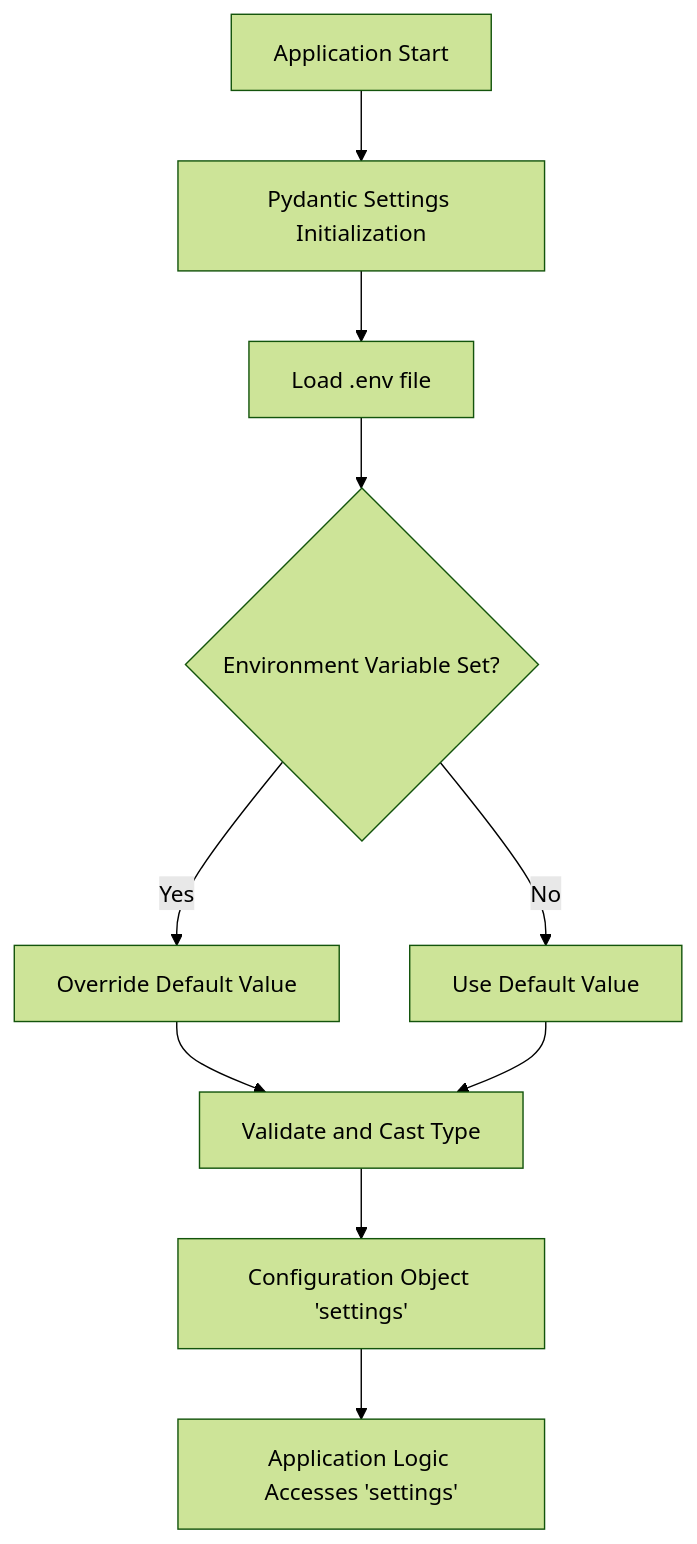
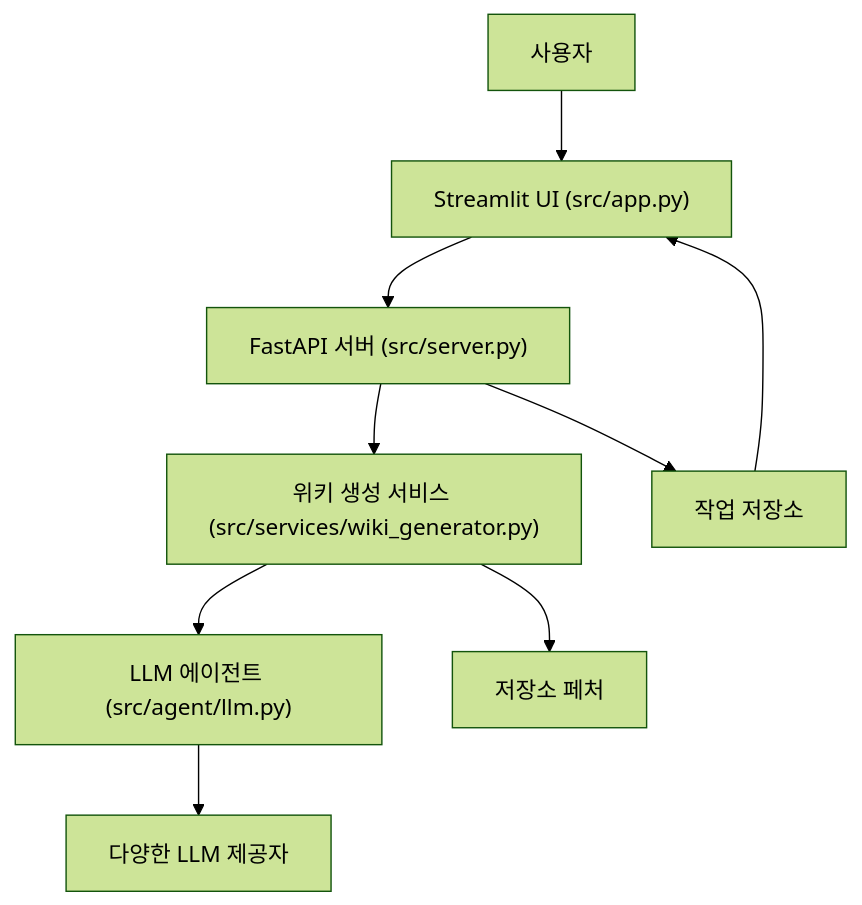
Diagram 13 of 23 in examples/wiki_as_README.md (catuscio/wiki-as-readme), drawn with Mermaid (forest theme) before and after one commit. The commit also changed other lines of this file, not shown here.

Commit message:
✨📚 Update examples/wiki_as_README.md via Wiki-As-Readme Action (ko)

````diff
--- a/examples/wiki_as_README.md
+++ b/examples/wiki_as_README.md
@@ -1539,12 +1525,11 @@
 ```mermaid
 graph TD
-    A["Application Start"] --> B["Pydantic Settings Initialization"];
-    B --> C["Load .env file"];
-    C --> D{"Environment Variable Set?"};
-    D -- Yes --> E["Override Default Value"];
-    D -- No --> F["Use Default Value"];
-    E --> G["Validate and Cast Type"];
-    F --> G;
-    G --> H["Configuration Object 'settings'"];
-    H --> I["Application Logic Accesses 'settings'"];
+    A["사용자"] --> B["Streamlit UI (src/app.py)"];
+    B --> C["FastAPI 서버 (src/server.py)"];
+    C --> D["위키 생성 서비스 (src/services/wiki_generator.py)"];
+    D --> E["LLM 에이전트 (src/agent/llm.py)"];
+    D --> F["저장소 페처"];
+    E --> G["다양한 LLM 제공자"];
+    C --> H["작업 저장소"];
+    H --> B;
 ```
````
